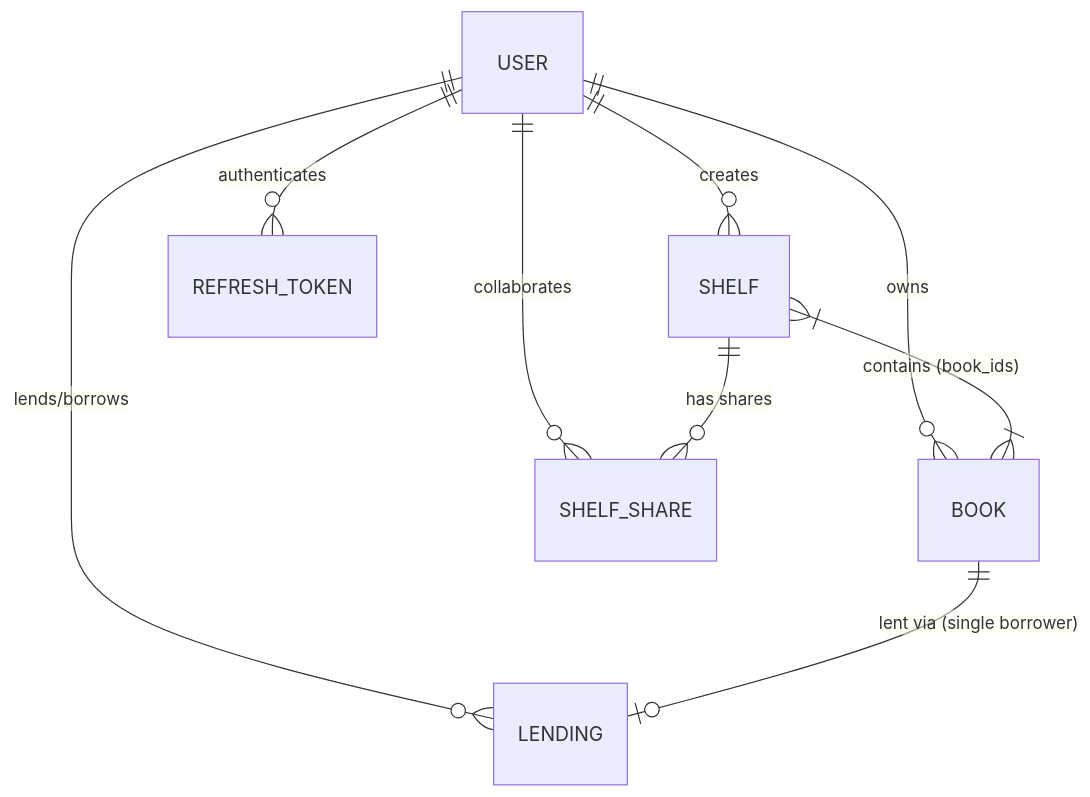
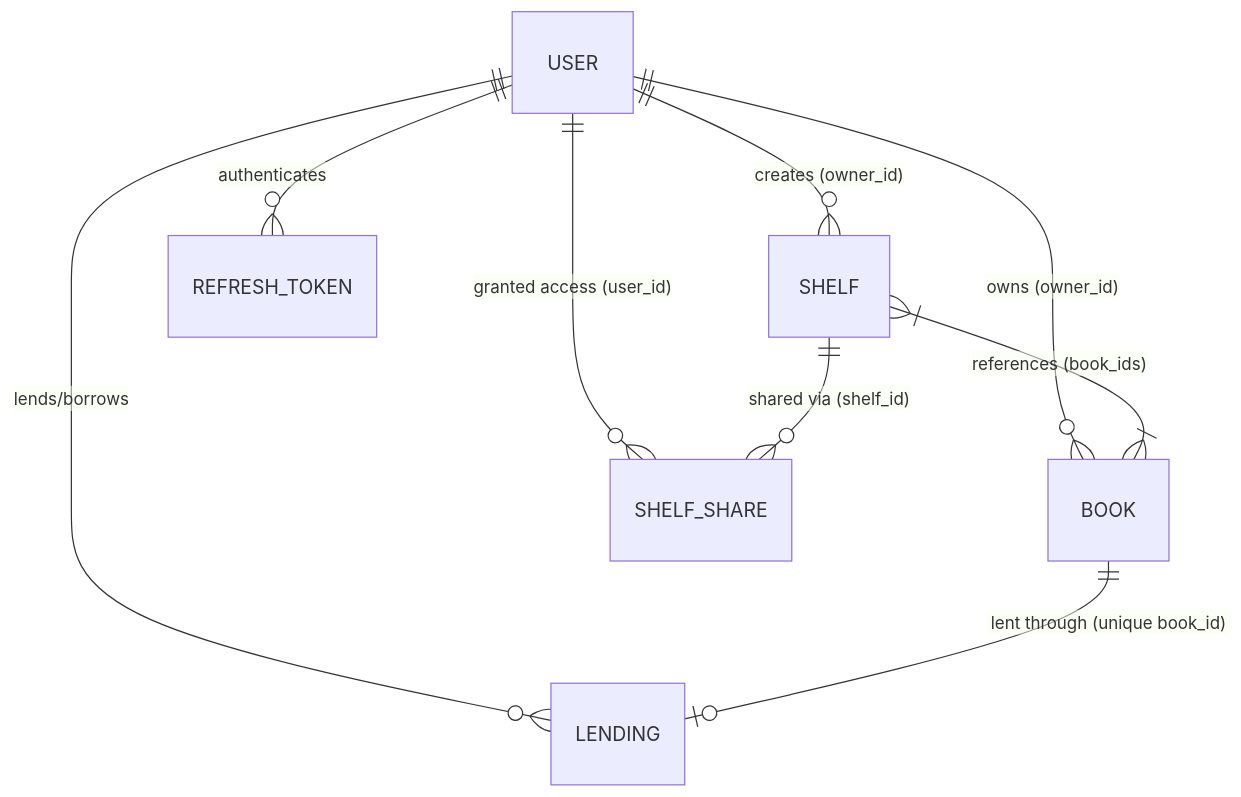
Before and after one commit to alekhakumarswain/BookNest: the diagram in README.md, drawn with Mermaid. The commit also changed other lines of this file, not shown here.

````diff
--- a/README.md
+++ b/README.md
@@ -107,11 +266,11 @@
 ```mermaid
 erDiagram
-    USER ||--o{ BOOK : "owns"
-    USER ||--o{ SHELF : "creates"
-    USER ||--o{ SHELF_SHARE : "collaborates"
+    USER ||--o{ BOOK : "owns (owner_id)"
+    USER ||--o{ SHELF : "creates (owner_id)"
+    USER ||--o{ SHELF_SHARE : "granted access (user_id)"
     USER ||--o{ LENDING : "lends/borrows"
-    SHELF ||--o{ SHELF_SHARE : "has shares"
-    SHELF }|--|{ BOOK : "contains (book_ids)"
-    BOOK ||--o| LENDING : "lent via (single borrower)"
     USER ||--o{ REFRESH_TOKEN : "authenticates"
+    SHELF ||--o{ SHELF_SHARE : "shared via (shelf_id)"
+    SHELF }|--|{ BOOK : "references (book_ids)"
+    BOOK ||--o| LENDING : "lent through (unique book_id)"
 ```
````
